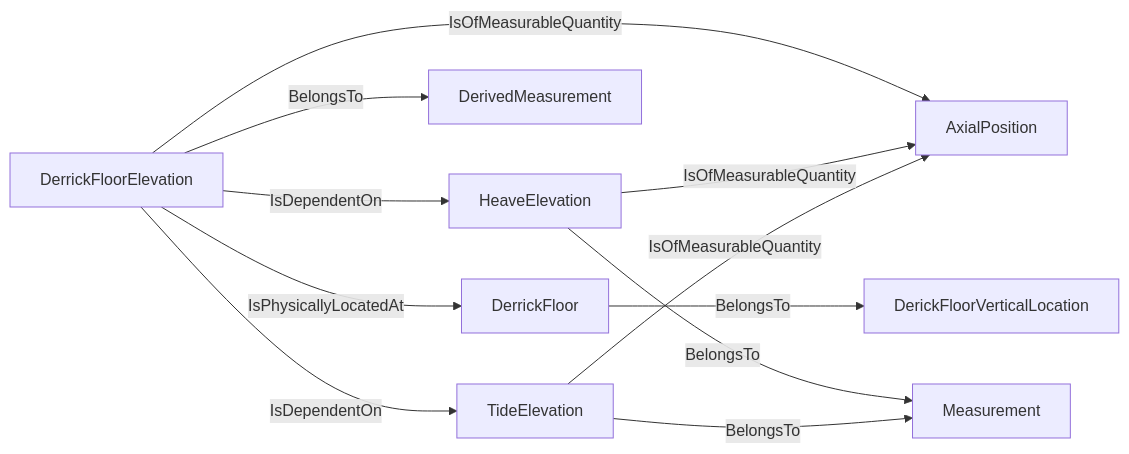
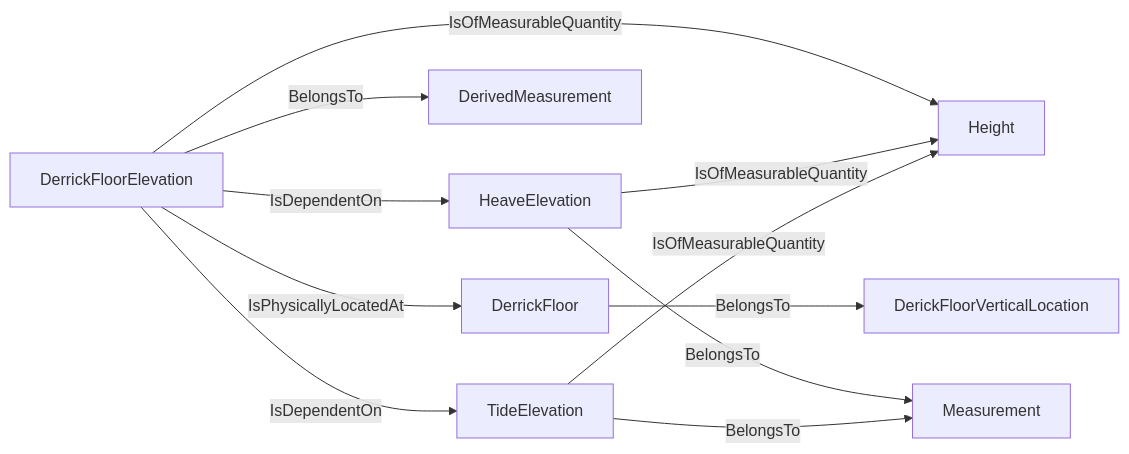
The third of 6 diagrams in docs/vocabulary_development/auto-generated/md/definition-files/DataDependencies.md (D-WIS/DDHub-Semantic-Interoperability), drawn with Mermaid before and after one commit. The commit also changed other lines of this file and 4 other files, not shown here.

````diff
--- a/docs/vocabulary_development/auto-generated/md/definition-files/DataDependencies.md
+++ b/docs/vocabulary_development/auto-generated/md/definition-files/DataDependencies.md
@@ -47,13 +47,13 @@
 ```mermaid
 graph LR
 	N0000[DerrickFloor] -->|BelongsTo| N0001[DerickFloorVerticalLocation] 
 	N0002[DerrickFloorElevation] -->|BelongsTo| N0003[DerivedMeasurement] 
 	N0004[HeaveElevation] -->|BelongsTo| N0005[Measurement] 
 	N0006[TideElevation] -->|BelongsTo| N0005[Measurement] 
-	N0002[DerrickFloorElevation] -->|IsOfMeasurableQuantity| N0007[AxialPosition] 
+	N0002[DerrickFloorElevation] -->|IsOfMeasurableQuantity| N0007[Height] 
 	N0002[DerrickFloorElevation] -->|IsPhysicallyLocatedAt| N0000[DerrickFloor] 
-	N0004[HeaveElevation] -->|IsOfMeasurableQuantity| N0007[AxialPosition] 
-	N0006[TideElevation] -->|IsOfMeasurableQuantity| N0007[AxialPosition] 
+	N0004[HeaveElevation] -->|IsOfMeasurableQuantity| N0007[Height] 
+	N0006[TideElevation] -->|IsOfMeasurableQuantity| N0007[Height] 
 	N0002[DerrickFloorElevation] -->|IsDependentOn| N0004[HeaveElevation] 
 	N0002[DerrickFloorElevation] -->|IsDependentOn| N0006[TideElevation] 
 ```
````
